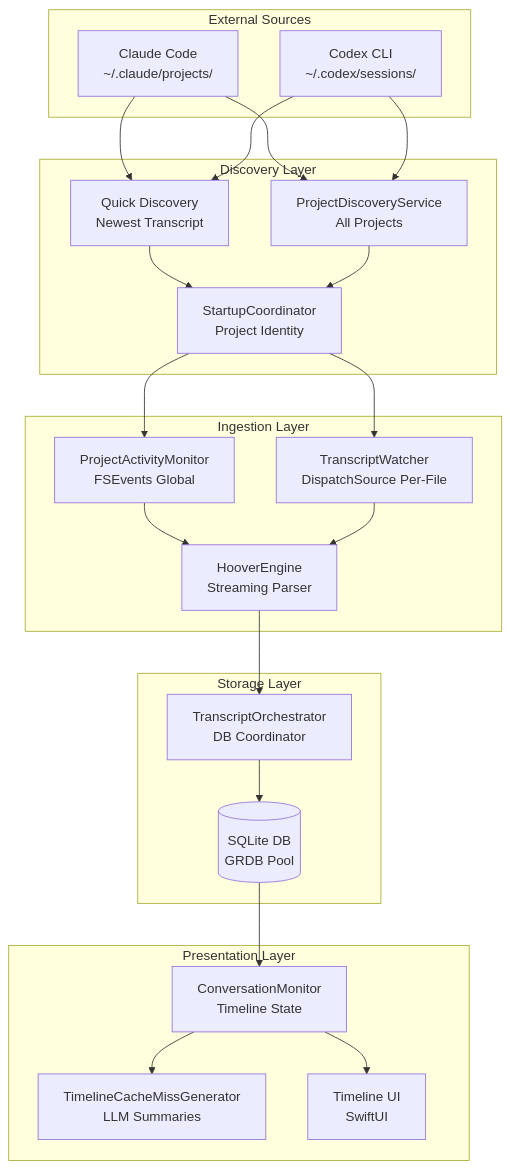
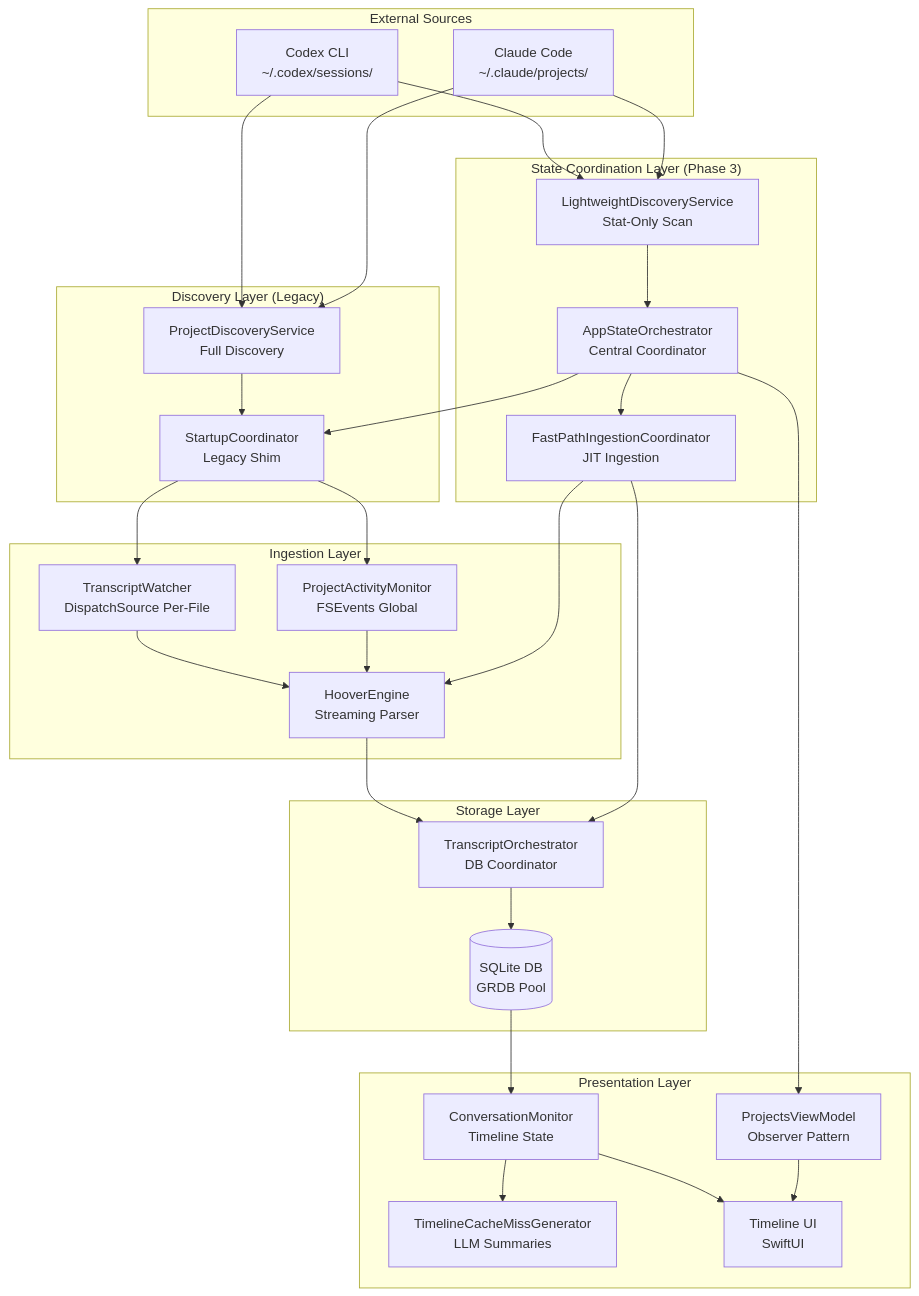
One commit to PeterPym/contextify changed the first of 5 diagrams in build/docs/architecture/data-pipeline-architecture.md. Above: the diagram before and after it, drawn with Mermaid. The commit also changed other lines of this file, not shown here.

First line of the commit message:
docs(phase3): update data-pipeline-architecture.md Level 1-2 (partial)

````diff
--- a/build/docs/architecture/data-pipeline-architecture.md
+++ b/build/docs/architecture/data-pipeline-architecture.md
@@ -61,51 +74,65 @@
 ```mermaid
 graph TB
     subgraph "External Sources"
         CC[Claude Code<br/>~/.claude/projects/]
         CX[Codex CLI<br/>~/.codex/sessions/]
     end
 
-    subgraph "Discovery Layer"
-        SC[StartupCoordinator<br/>Project Identity]
-        QD[Quick Discovery<br/>Newest Transcript]
-        PDS[ProjectDiscoveryService<br/>All Projects]
+    subgraph "State Coordination Layer (Phase 3)"
+        ASO[AppStateOrchestrator<br/>Central Coordinator]
+        LDS[LightweightDiscoveryService<br/>Stat-Only Scan]
+        FPI[FastPathIngestionCoordinator<br/>JIT Ingestion]
+    end
+
+    subgraph "Discovery Layer (Legacy)"
+        SC[StartupCoordinator<br/>Legacy Shim]
+        PDS[ProjectDiscoveryService<br/>Full Discovery]
     end
 
     subgraph "Ingestion Layer"
         PAM[ProjectActivityMonitor<br/>FSEvents Global]
         TW[TranscriptWatcher<br/>DispatchSource Per-File]
         HE[HooverEngine<br/>Streaming Parser]
     end
 
     subgraph "Storage Layer"
         TO[TranscriptOrchestrator<br/>DB Coordinator]
         DB[(SQLite DB<br/>GRDB Pool)]
     end
 
     subgraph "Presentation Layer"
+        PVM[ProjectsViewModel<br/>Observer Pattern]
         CM[ConversationMonitor<br/>Timeline State]
         TCMG[TimelineCacheMissGenerator<br/>LLM Summaries]
         UI[Timeline UI<br/>SwiftUI]
     end
 
-    CC --> QD
-    CX --> QD
+    CC --> LDS
+    CX --> LDS
+
+    LDS --> ASO
+    ASO --> FPI
+    ASO --> SC
+    FPI --> HE
+    FPI --> TO
+
+    ASO --> PVM
+    PVM --> UI
+
     CC --> PDS
     CX --> PDS
-
-    QD --> SC
     PDS --> SC
 
     SC --> PAM
     SC --> TW
 
     PAM --> HE
     TW --> HE
 
     HE --> TO
     TO --> DB
 
     DB --> CM
     CM --> TCMG
     CM --> UI
 ```
````
